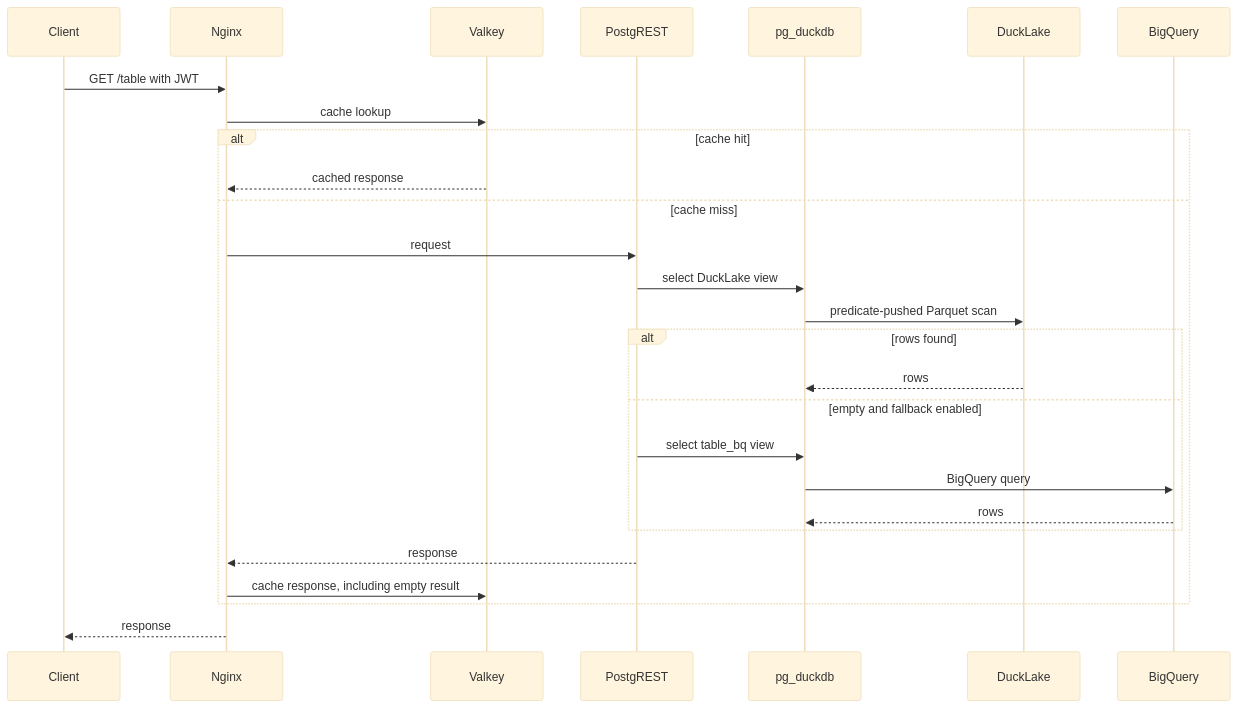
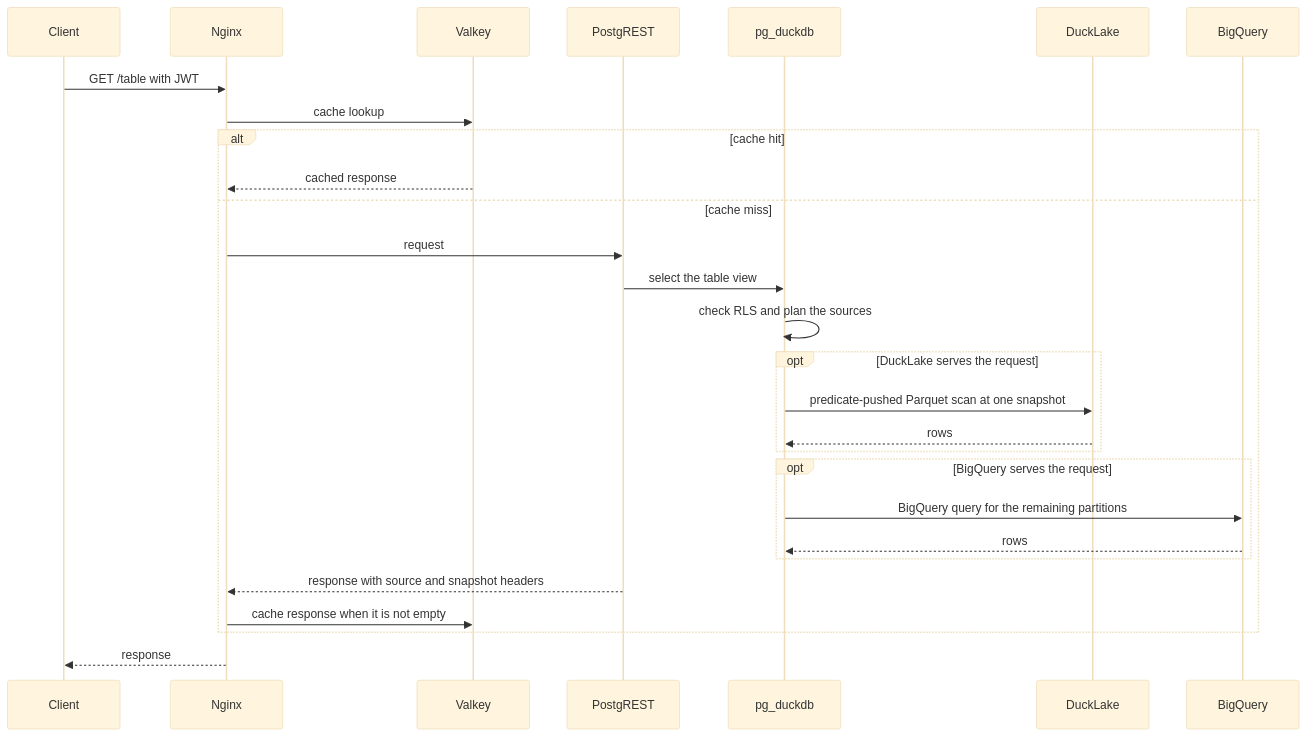
The second of 2 diagrams in docs/architecture.md (prefeitura-rio/data-proxy), drawn with Mermaid (base theme) before and after one commit. The commit also changed other lines of this file and 14 other files, not shown here.

````diff
--- a/docs/architecture.md
+++ b/docs/architecture.md
@@ -105,30 +104,31 @@
 ```mermaid
 sequenceDiagram
     participant C as Client
     participant N as Nginx
     participant V as Valkey
     participant API as PostgREST
     participant PG as pg_duckdb
     participant DL as DuckLake
     participant BQ as BigQuery
 
     C->>N: GET /table with JWT
     N->>V: cache lookup
     alt cache hit
         V-->>N: cached response
     else cache miss
         N->>API: request
-        API->>PG: select DuckLake view
-        PG->>DL: predicate-pushed Parquet scan
-        alt rows found
+        API->>PG: select the table view
+        PG->>PG: check RLS and plan the sources
+        opt DuckLake serves the request
+            PG->>DL: predicate-pushed Parquet scan at one snapshot
             DL-->>PG: rows
-        else empty and fallback enabled
-            API->>PG: select table_bq view
-            PG->>BQ: BigQuery query
+        end
+        opt BigQuery serves the request
+            PG->>BQ: BigQuery query for the remaining partitions
             BQ-->>PG: rows
         end
-        API-->>N: response
-        N->>V: cache response, including empty result
+        API-->>N: response with source and snapshot headers
+        N->>V: cache response when it is not empty
     end
     N-->>C: response
 ```
````
